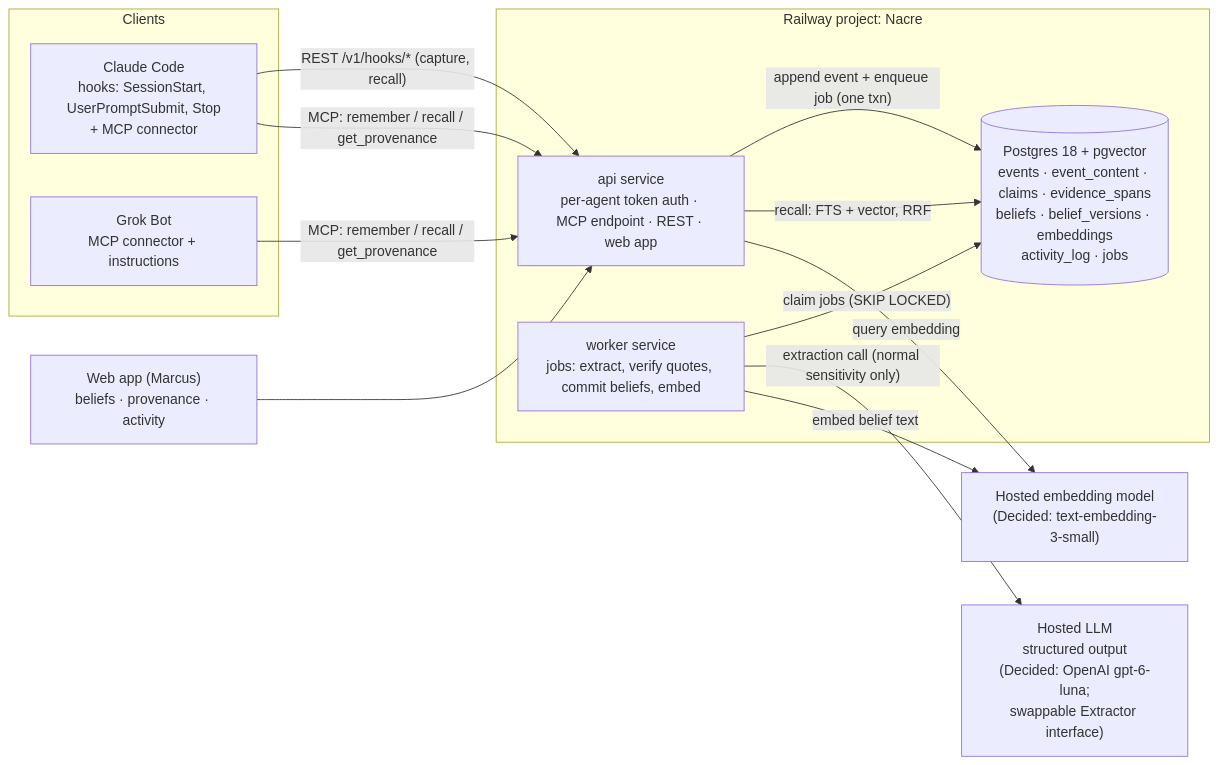
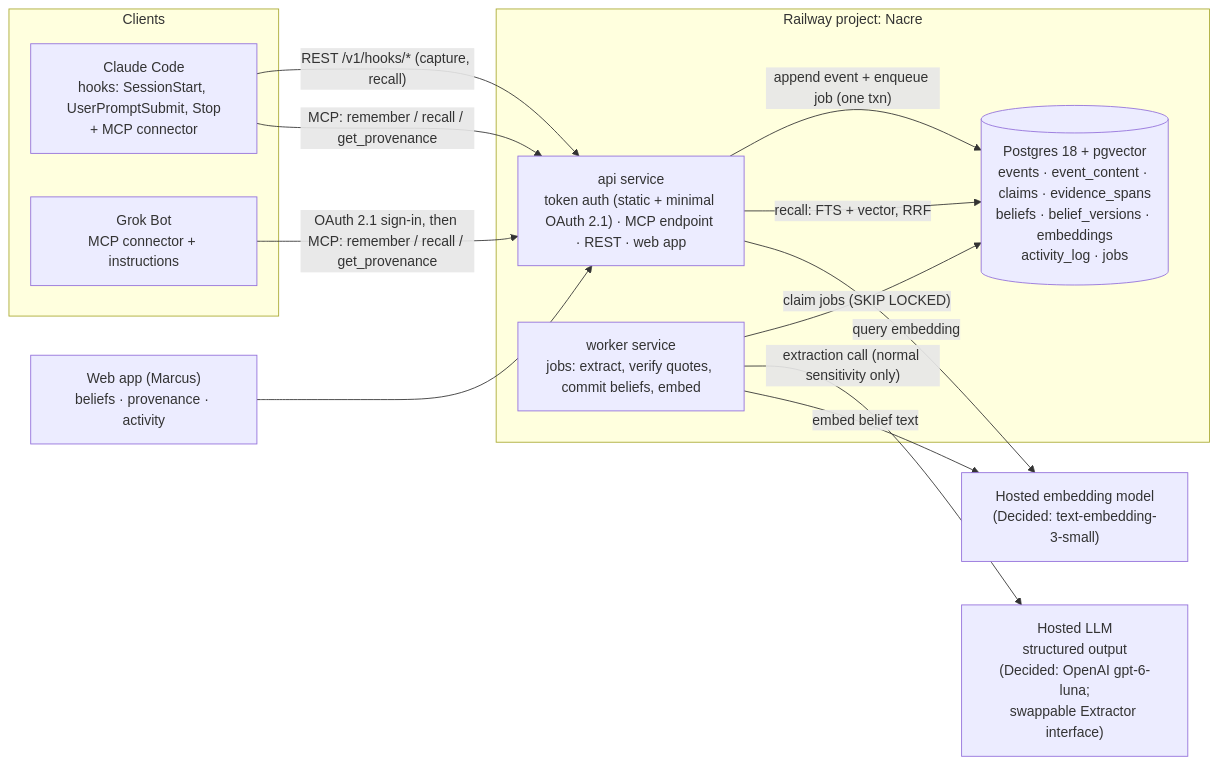
Before and after one commit to marcusschimizzi/nacre: the diagram in docs/slice-1-spec.md, drawn with Mermaid. The commit also changed other lines of this file and 19 other files, not shown here.

Commit message:
Task 02: schema, roles and append-only triggers (#20)

````diff
--- a/docs/slice-1-spec.md
+++ b/docs/slice-1-spec.md
@@ -128,22 +130,22 @@
 ```mermaid
 flowchart LR
   subgraph Clients
     CC["Claude Code<br/>hooks: SessionStart, UserPromptSubmit, Stop<br/>+ MCP connector"]
     GB["Grok Bot<br/>MCP connector + instructions"]
   end
   CC -- "REST /v1/hooks/* (capture, recall)" --> API
   CC -- "MCP: remember / recall / get_provenance" --> API
-  GB -- "MCP: remember / recall / get_provenance" --> API
+  GB -- "OAuth 2.1 sign-in, then MCP: remember / recall / get_provenance" --> API
   subgraph Railway["Railway project: Nacre"]
-    API["api service<br/>per-agent token auth · MCP endpoint · REST · web app"]
+    API["api service<br/>token auth (static + minimal OAuth 2.1) · MCP endpoint · REST · web app"]
     WK["worker service<br/>jobs: extract, verify quotes, commit beliefs, embed"]
     PG[("Postgres 18 + pgvector<br/>events · event_content · claims · evidence_spans<br/>beliefs · belief_versions · embeddings<br/>activity_log · jobs")]
   end
   API -- "append event + enqueue job (one txn)" --> PG
   WK -- "claim jobs (SKIP LOCKED)" --> PG
   WK -- "extraction call (normal sensitivity only)" --> LLM["Hosted LLM<br/>structured output<br/>(Decided: OpenAI gpt-6-luna;<br/>swappable Extractor interface)"]
   WK -- "embed belief text" --> EMB["Hosted embedding model<br/>(Decided: text-embedding-3-small)"]
   API -- "recall: FTS + vector, RRF" --> PG
   API -- "query embedding" --> EMB
   WEB["Web app (Marcus)<br/>beliefs · provenance · activity"] --> API
 ```
````
